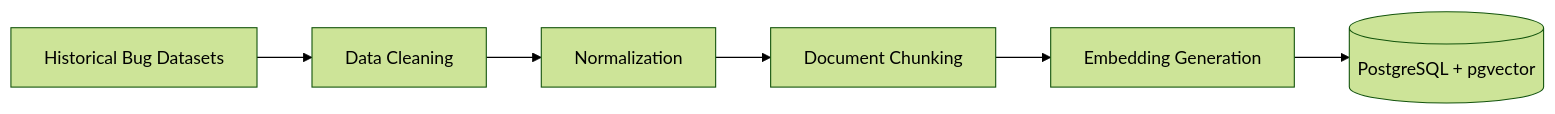
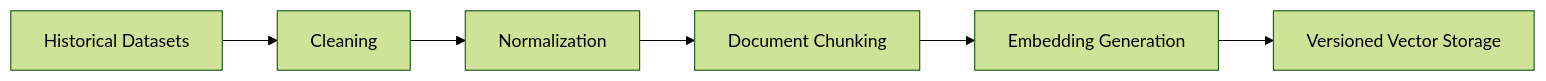
Before and after one commit to Mokshsaini7/intelligent-bug-diagnosis-platform: the third of 4 diagrams in README.md, drawn with Mermaid (forest theme). The commit also changed other lines of this file, not shown here.

````diff
--- a/README.md
+++ b/README.md
@@ -325,8 +372,8 @@
 ```mermaid
 flowchart LR
-    A["Historical Bug Datasets"] --> B["Data Cleaning"]
+    A["Historical Datasets"] --> B["Cleaning"]
     B --> C["Normalization"]
     C --> D["Document Chunking"]
     D --> E["Embedding Generation"]
-    E --> F[("PostgreSQL + pgvector")]
+    E --> F["Versioned Vector Storage"]
 ```
````
